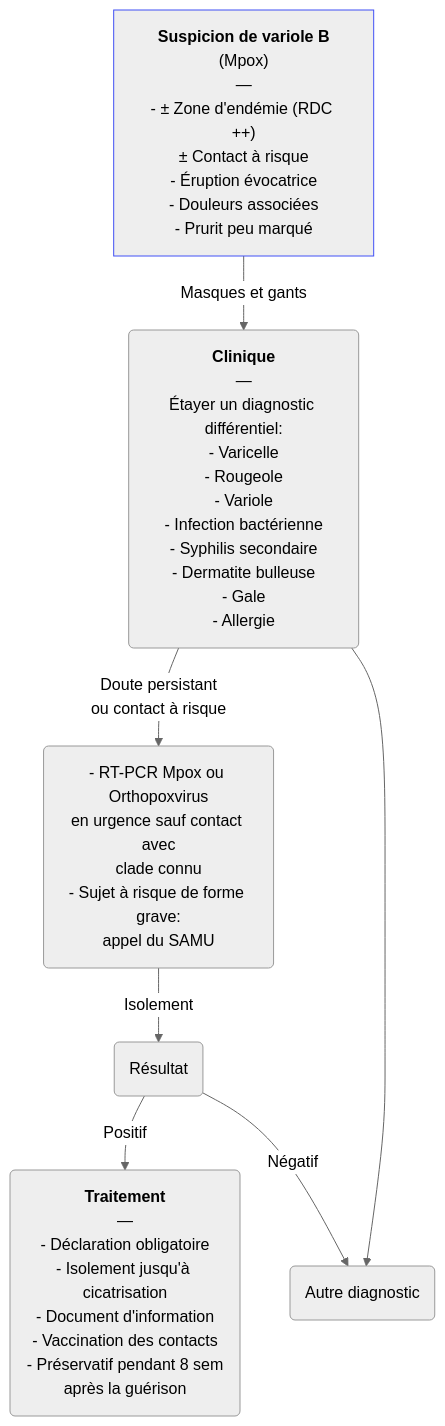
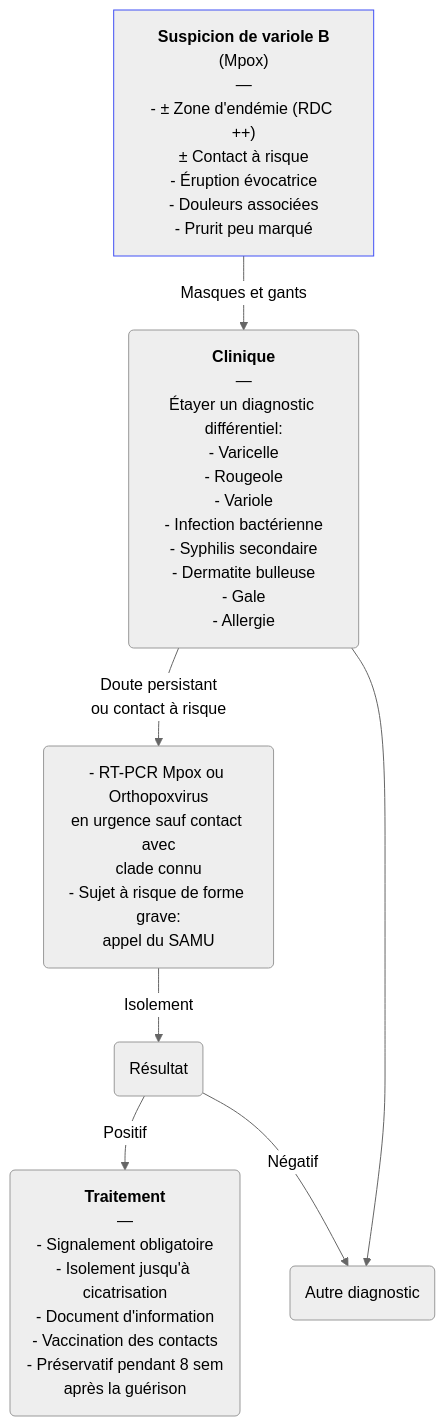
One commit to djibe/recommandations-medicales changed the diagram in content/recommandations/variole-b-mpox.md. Above: the diagram before and after it, drawn with Mermaid (neutral theme). The commit also changed other lines of this file and 16 other files, not shown here.

Commit message:
Signalement obligatoire

```diff
--- a/content/recommandations/variole-b-mpox.md
+++ b/content/recommandations/variole-b-mpox.md
@@ -271,7 +271,7 @@
 {{< mermaid title="Prise en charge de la variole B (Mpox) par le médecin généraliste. Dr JB Fron d'après HAS et Ministère de la Santé" >}}
 graph TB
-  suspicion["<b>Suspicion de variole B</b><br>(Mpox)<br>—<br>- ± Zone d'endémie (RDC ++)<br>± Contact à risque<br>- Éruption évocatrice<br>- Douleurs associées<br>- Prurit peu marqué"] -- "Masques et gants" --> clinique("<b>Clinique</b><br>—<br>Étayer un diagnostic différentiel:<br>- Varicelle<br>- Rougeole<br>- Variole<br>- Infection bactérienne<br>- Syphilis secondaire<br>- Dermatite bulleuse<br>- Gale<br>- Allergie") -- "Doute persistant<br>ou contact à risque" --> test("- RT-PCR Mpox ou Orthopoxvirus<br>en urgence sauf contact avec<br>clade connu<br>- Sujet à risque de forme grave:<br>appel du SAMU") -- Isolement --> résultat(Résultat) -- Positif --> mesures(<b>Traitement</b><br>—<br>- Déclaration obligatoire<br>- Isolement jusqu'à cicatrisation<br>- Document d'information<br>- Vaccination des contacts<br>- Préservatif pendant 8 sem<br>après la guérison)
+  suspicion["<b>Suspicion de variole B</b><br>(Mpox)<br>—<br>- ± Zone d'endémie (RDC ++)<br>± Contact à risque<br>- Éruption évocatrice<br>- Douleurs associées<br>- Prurit peu marqué"] -- "Masques et gants" --> clinique("<b>Clinique</b><br>—<br>Étayer un diagnostic différentiel:<br>- Varicelle<br>- Rougeole<br>- Variole<br>- Infection bactérienne<br>- Syphilis secondaire<br>- Dermatite bulleuse<br>- Gale<br>- Allergie") -- "Doute persistant<br>ou contact à risque" --> test("- RT-PCR Mpox ou Orthopoxvirus<br>en urgence sauf contact avec<br>clade connu<br>- Sujet à risque de forme grave:<br>appel du SAMU") -- Isolement --> résultat(Résultat) -- Positif --> mesures(<b>Traitement</b><br>—<br>- Signalement obligatoire<br>- Isolement jusqu'à cicatrisation<br>- Document d'information<br>- Vaccination des contacts<br>- Préservatif pendant 8 sem<br>après la guérison)
     résultat -- Négatif --> autre
     clinique --> autre(Autre diagnostic)
   style suspicion stroke:#4150f5, stroke-width:1px
 {{< /mermaid >}}
```
